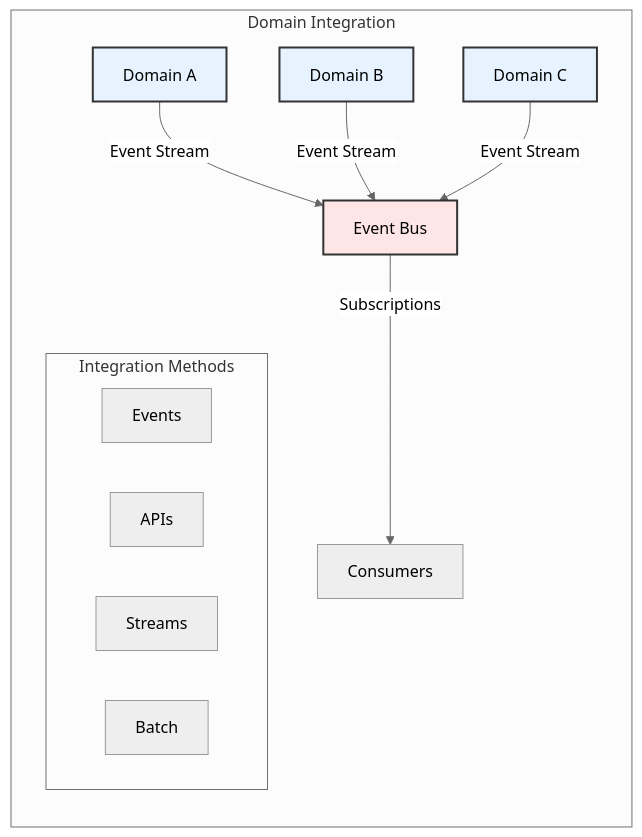
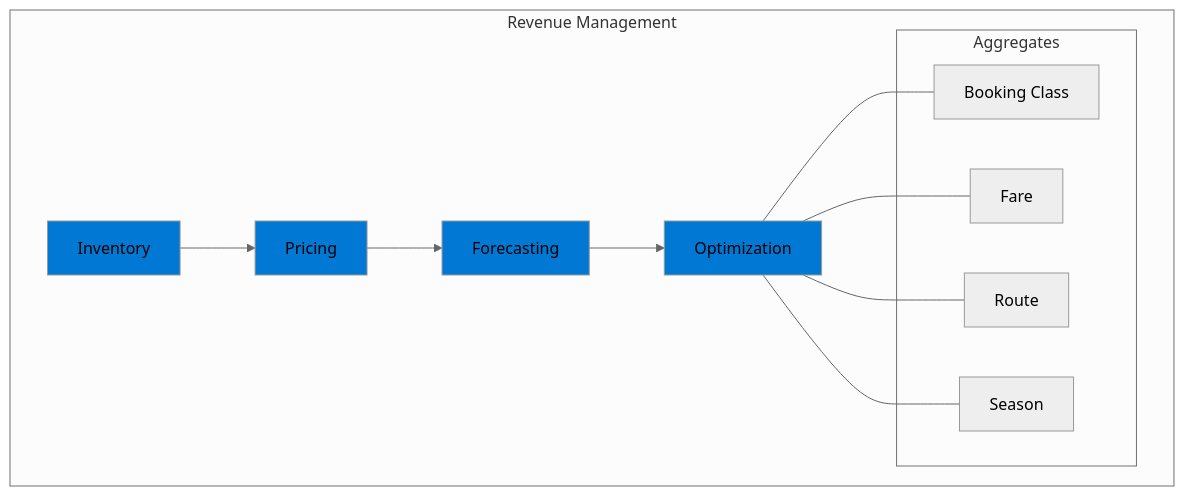
One commit to data-octo/agentic_ai_research changed the third of 7 diagrams in enterprise_data_architecture/chapters/04_domain_driven.md. Above: the diagram before and after it, drawn with Mermaid (neutral theme). The commit also changed other lines of this file and 11 other files, not shown here.

````diff
--- a/enterprise_data_architecture/chapters/04_domain_driven.md
+++ b/enterprise_data_architecture/chapters/04_domain_driven.md
@@ -113,22 +84,25 @@
 ```mermaid
-graph LR
-    subgraph "Domain Integration"
-        A[Domain A] -->|Event Stream| B[Event Bus]
-        C[Domain B] -->|Event Stream| B
-        D[Domain C] -->|Event Stream| B
+graph TB
+    subgraph "Revenue Management"
+        A[Inventory] --> B[Pricing]
+        B --> C[Forecasting]
+        C --> D[Optimization]
         
-        B -->|Subscriptions| E[Consumers]
+        subgraph "Aggregates"
+            E[Booking Class]
+            F[Fare]
+            G[Route]
+            H[Season]
+        end
         
-        subgraph "Integration Methods"
-            F[Events]
-            G[APIs]
-            H[Streams]
-            I[Batch]
-        end
+        D --- E
+        D --- F
+        D --- G
+        D --- H
     end
     
-    style A fill:#e6f3ff,stroke:#333,stroke-width:2px
-    style B fill:#ffe6e6,stroke:#333,stroke-width:2px
-    style C fill:#e6f3ff,stroke:#333,stroke-width:2px
-    style D fill:#e6f3ff,stroke:#333,stroke-width:2px
+    style A fill:#0078d4
+    style B fill:#0078d4
+    style C fill:#0078d4
+    style D fill:#0078d4
 ```
````
